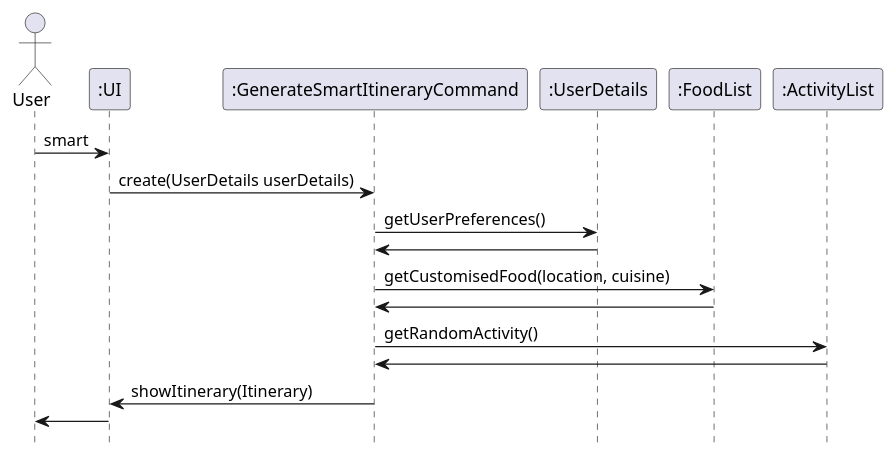
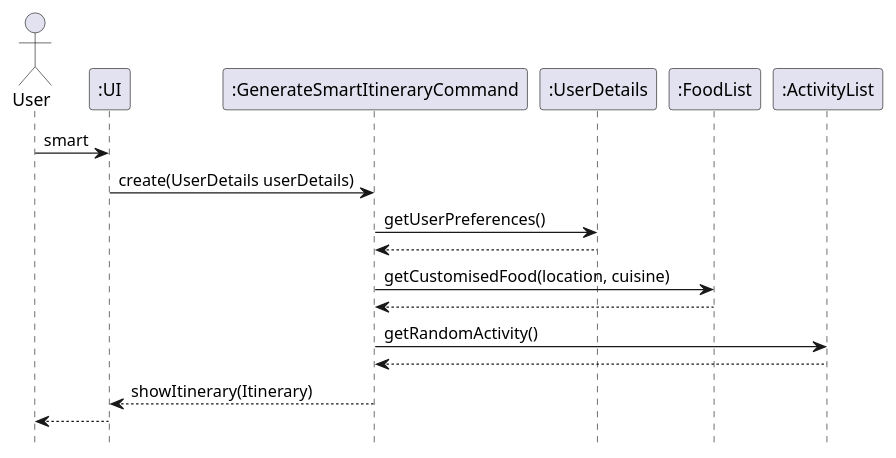
The diagram in docs/diagrams/GenerateSmartCommandSequenceDiagram.puml (RyanTDL/tp), drawn with PlantUML before and after one commit. The commit also changed 1 other file, not shown here.

Commit message:
Edit smart sequence diagram

```diff
--- a/docs/diagrams/GenerateSmartCommandSequenceDiagram.puml
+++ b/docs/diagrams/GenerateSmartCommandSequenceDiagram.puml
@@ -1,20 +1,20 @@
 @startuml
 hide footbox
 actor User
 participant ":UI" as UI
 participant ":GenerateSmartItineraryCommand" as Gen
 participant ":UserDetails" as UDetails
 participant ":FoodList" as Food
 participant ":ActivityList" as Act
 
 User -> UI : smart
 UI -> Gen : create(UserDetails userDetails)
 Gen -> UDetails : getUserPreferences()
-UDetails -> Gen
+UDetails --> Gen
 Gen -> Food : getCustomisedFood(location, cuisine)
-Food -> Gen
+Food --> Gen
 Gen -> Act : getRandomActivity()
-Act -> Gen
-Gen -> UI : showItinerary(Itinerary)
-UI -> User
+Act --> Gen
+Gen --> UI : showItinerary(Itinerary)
+UI --> User
 @enduml
```
